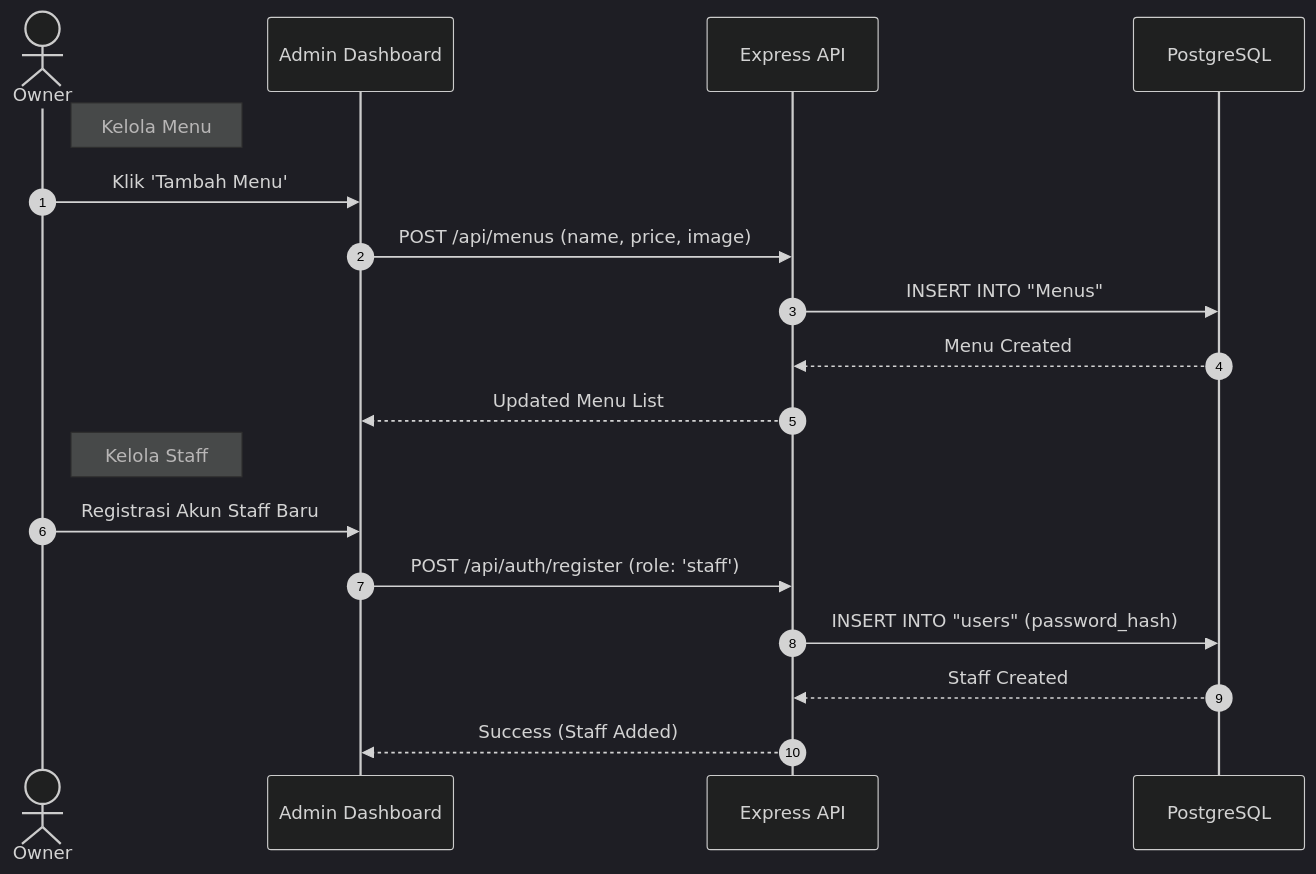
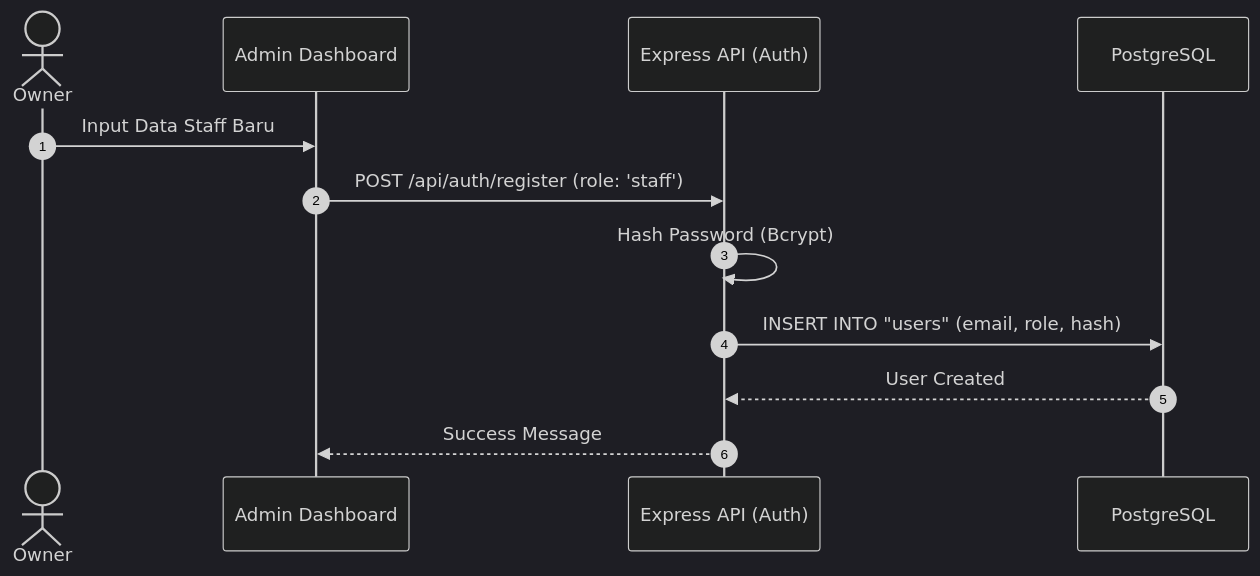
One commit to ArgaFd/backend_restaurant changed diagram 11 of 13 in README.md. Above: the diagram before and after it, drawn with Mermaid (dark theme). The commit also changed other lines of this file, not shown here.

Commit message:
Docs: Split sequence diagrams into 6 individual detailed diagrams

````diff
--- a/README.md
+++ b/README.md
@@ -291,22 +298,15 @@
 ```mermaid
 sequenceDiagram
     autonumber
     actor Owner
     participant Frontend as Admin Dashboard
-    participant Backend as Express API
+    participant Backend as Express API (Auth)
     participant PG as PostgreSQL
 
-    Note right of Owner: Kelola Menu
-    Owner->>Frontend: Klik 'Tambah Menu'
-    Frontend->>Backend: POST /api/menus (name, price, image)
-    Backend->>PG: INSERT INTO "Menus"
-    PG-->>Backend: Menu Created
-    Backend-->>Frontend: Updated Menu List
-
-    Note right of Owner: Kelola Staff
-    Owner->>Frontend: Registrasi Akun Staff Baru
+    Owner->>Frontend: Input Data Staff Baru
     Frontend->>Backend: POST /api/auth/register (role: 'staff')
-    Backend->>PG: INSERT INTO "users" (password_hash)
-    PG-->>Backend: Staff Created
-    Backend-->>Frontend: Success (Staff Added)
+    Backend->>Backend: Hash Password (Bcrypt)
+    Backend->>PG: INSERT INTO "users" (email, role, hash)
+    PG-->>Backend: User Created
+    Backend-->>Frontend: Success Message
 ```
````
